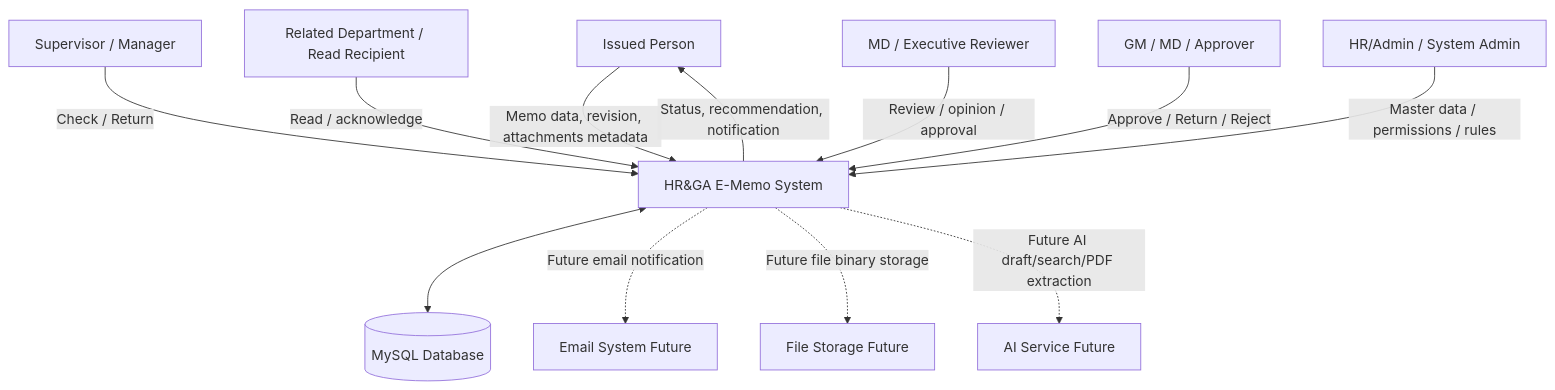
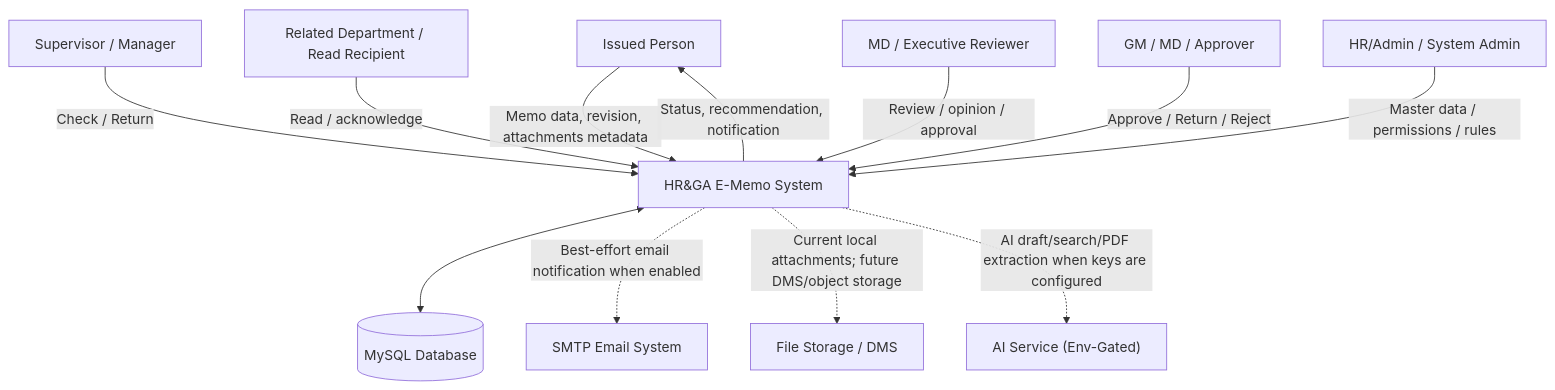
The second of 4 diagrams in docs/system-analysis-dfd-erd.md (punnawichplub2547-boop/E-memo-Project), drawn with Mermaid before and after one commit. The commit also changed other lines of this file and 4 other files, not shown here.

````diff
--- a/docs/system-analysis-dfd-erd.md
+++ b/docs/system-analysis-dfd-erd.md
@@ -484,28 +483,28 @@
 ```mermaid
 flowchart TD
   Issued["Issued Person"]
   Checker["Supervisor / Manager"]
   Related["Related Department / Read Recipient"]
   MD["MD / Executive Reviewer"]
   Approver["GM / MD / Approver"]
   Admin["HR/Admin / System Admin"]
-  Email["Email System Future"]
-  AI["AI Service Future"]
-  FileStore["File Storage Future"]
+  Email["SMTP Email System"]
+  AI["AI Service (Env-Gated)"]
+  FileStore["File Storage / DMS"]
   System["HR&GA E-Memo System"]
   DB[("MySQL Database")]
 
   Issued -->|"Memo data, revision, attachments metadata"| System
   System -->|"Status, recommendation, notification"| Issued
 
   Checker -->|"Check / Return"| System
   Related -->|"Read / acknowledge"| System
   MD -->|"Review / opinion / approval"| System
   Approver -->|"Approve / Return / Reject"| System
   Admin -->|"Master data / permissions / rules"| System
 
   System <--> DB
-  System -.->|"Future email notification"| Email
-  System -.->|"Future file binary storage"| FileStore
-  System -.->|"Future AI draft/search/PDF extraction"| AI
+  System -.->|"Best-effort email notification when enabled"| Email
+  System -.->|"Current local attachments; future DMS/object storage"| FileStore
+  System -.->|"AI draft/search/PDF extraction when keys are configured"| AI
 ```
````
